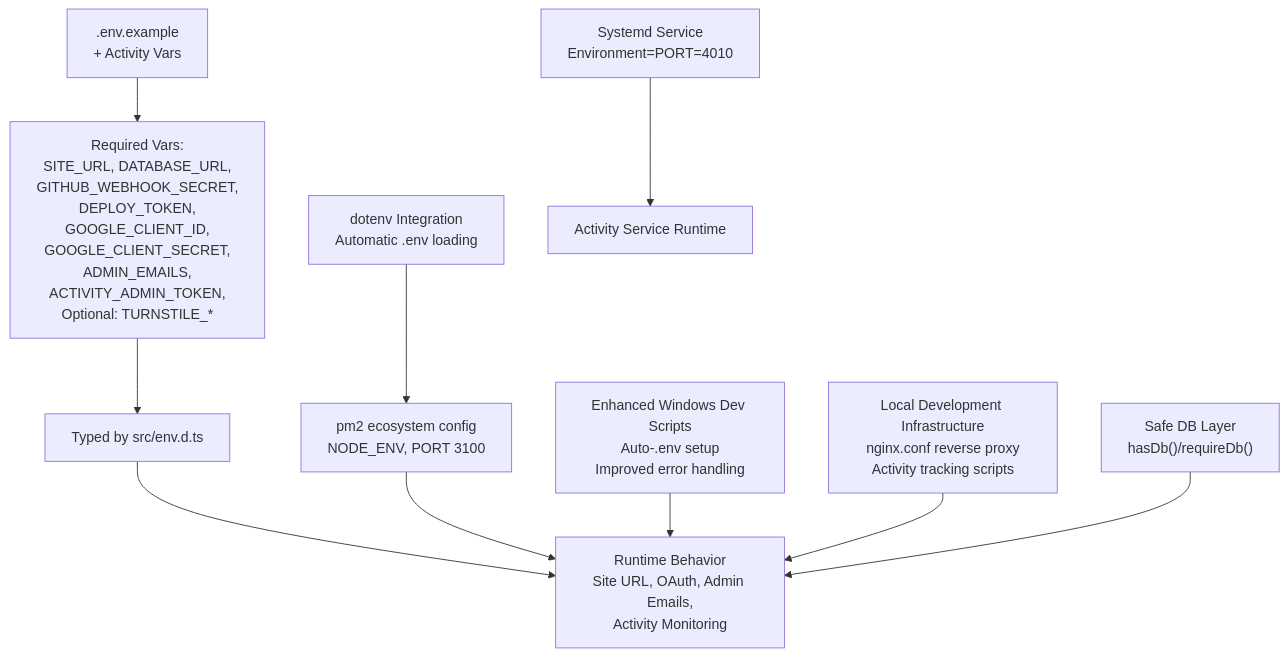
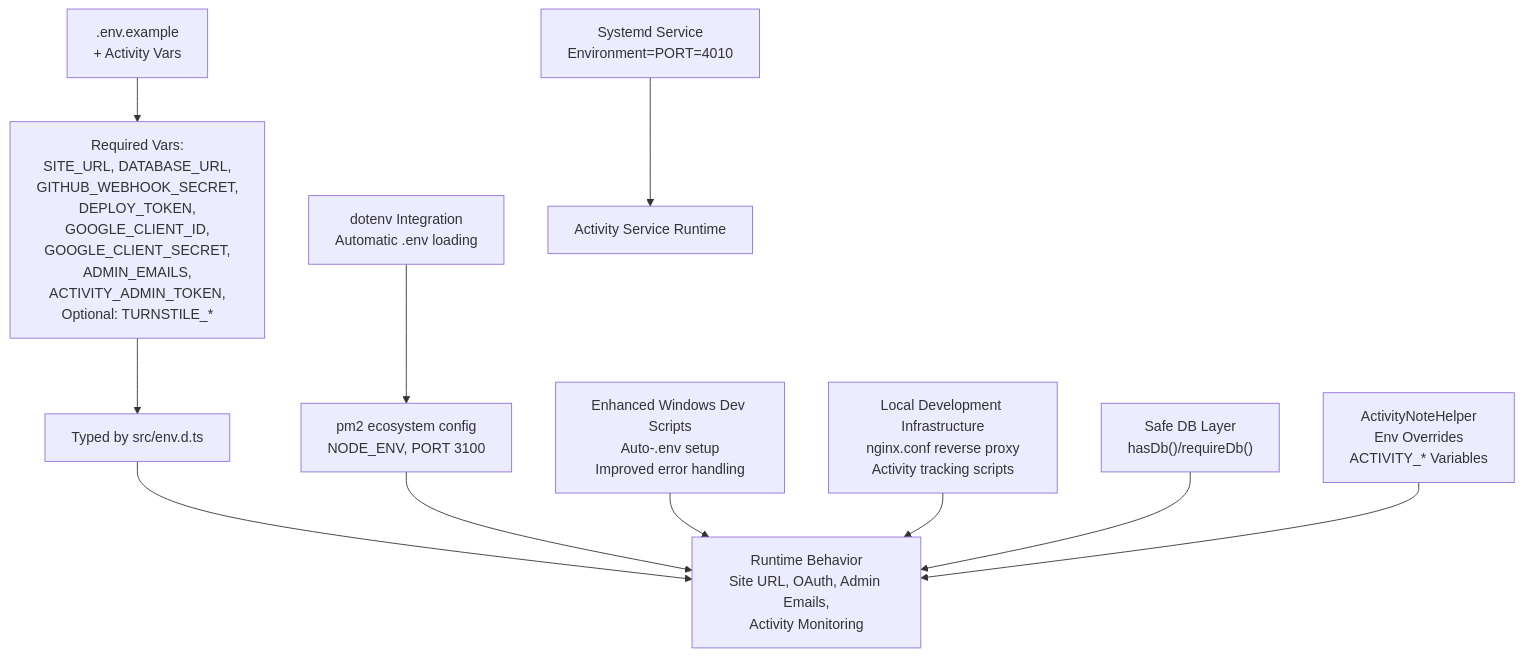
Before and after one commit to WizardJIOCb/rodion.pro: diagram 12 of 17 in .qoder/repowiki/en/content/Build and Deployment.md, drawn with Mermaid. The commit also changed other lines of this file and 20 other files, not shown here.

````diff
--- a/.qoder/repowiki/en/content/Build and Deployment.md
+++ b/.qoder/repowiki/en/content/Build and Deployment.md
@@ -633,12 +730,13 @@
 ```mermaid
 flowchart TD
 EnvFile[".env.example<br/>+ Activity Vars"] --> Required["Required Vars:<br/>SITE_URL, DATABASE_URL,<br/>GITHUB_WEBHOOK_SECRET,<br/>DEPLOY_TOKEN,<br/>GOOGLE_CLIENT_ID,<br/>GOOGLE_CLIENT_SECRET,<br/>ADMIN_EMAILS,<br/>ACTIVITY_ADMIN_TOKEN,<br/>Optional: TURNSTILE_*"]
 Required --> Typed["Typed by src/env.d.ts"]
 Typed --> Runtime["Runtime Behavior<br/>Site URL, OAuth, Admin Emails,<br/>Activity Monitoring"]
 DotEnv["dotenv Integration<br/>Automatic .env loading"] --> Pm2Env["pm2 ecosystem config<br/>NODE_ENV, PORT 3100"]
 SysdEnv["Systemd Service<br/>Environment=PORT=4010"] --> ActRuntime["Activity Service Runtime"]
 Pm2Env --> Runtime
 DevScripts["Enhanced Windows Dev Scripts<br/>Auto-.env setup<br/>Improved error handling"] --> Runtime
 LocalInfra["Local Development Infrastructure<br/>nginx.conf reverse proxy<br/>Activity tracking scripts"] --> Runtime
 DBLayer["Safe DB Layer<br/>hasDb()/requireDb()"] --> Runtime
+NotesEnv["ActivityNoteHelper<br/>Env Overrides<br/>ACTIVITY_* Variables"] --> Runtime
 ```
````
